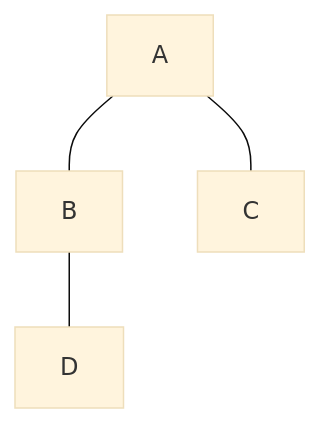
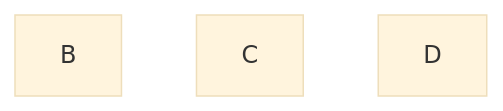
Before and after one commit to MassariFilippo/Appunti: the eighth of 26 diagrams in MarkDown/RicercaOperativa.md, drawn with Mermaid (base theme). The commit also changed other lines of this file, not shown here.

````diff
--- a/MarkDown/RicercaOperativa.md
+++ b/MarkDown/RicercaOperativa.md
@@ -969,6 +990,6 @@
 ```mermaid
   graph TD
-      A --- B
-      A --- C
-      B --- D
+       B
+       C
+       D
 ```
````
